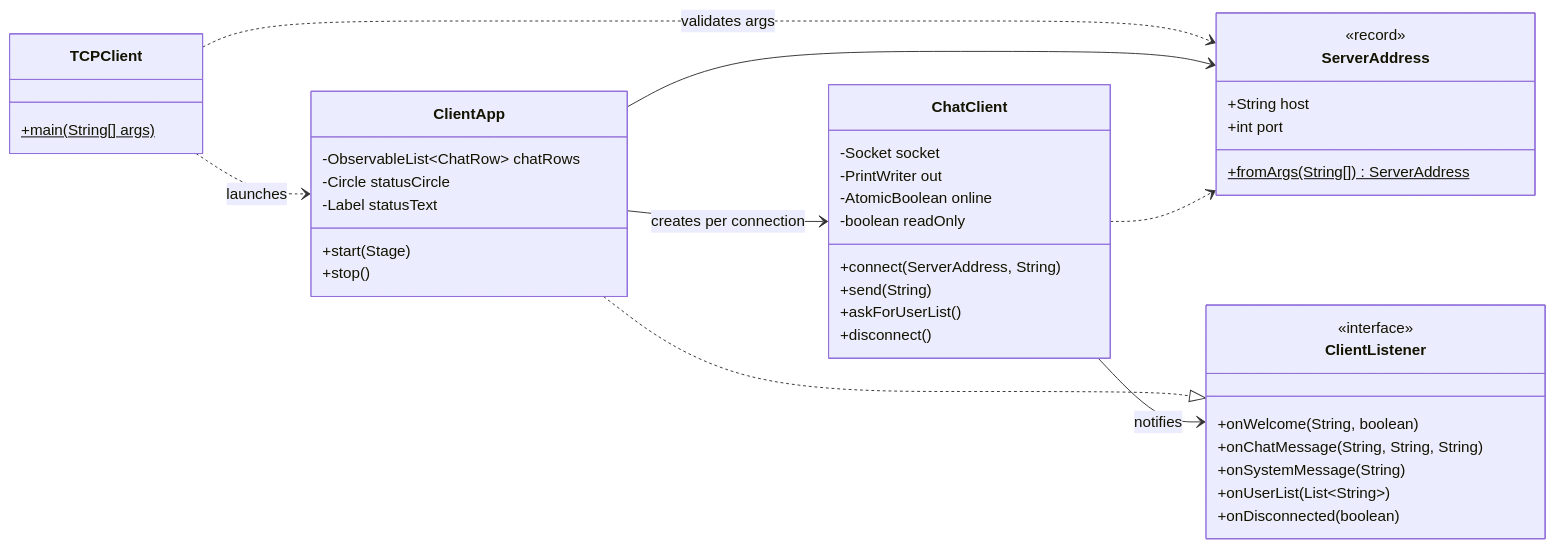
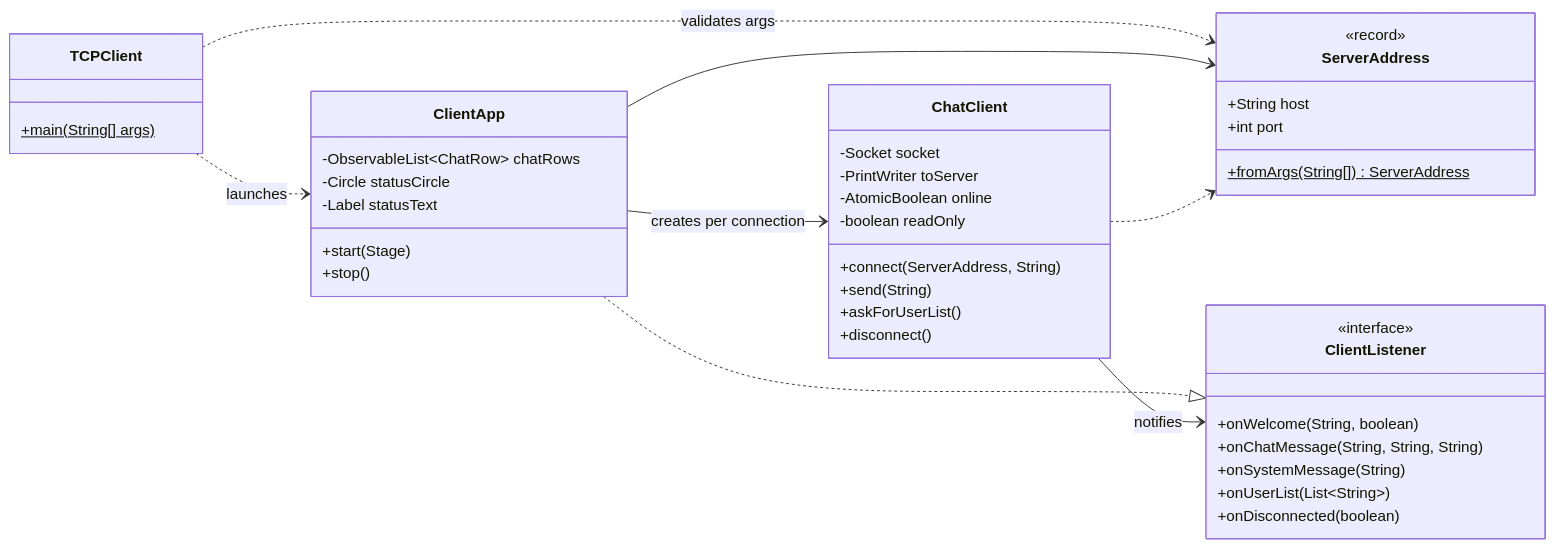
Before and after one commit to Zyssalone/Multi-Client-Chat-Application-Using-Java-Sockets: the second of 4 diagrams in README.md, drawn with Mermaid. The commit also changed other lines of this file and 4 other files, not shown here.

Commit message:
Add UML diagrams as PNG images

````diff
--- a/README.md
+++ b/README.md
@@ -166,45 +168,45 @@
 ```mermaid
 classDiagram
     direction LR
     class TCPClient {
         +main(String[] args)$
     }
     class ClientApp {
         -ObservableList~ChatRow~ chatRows
         -Circle statusCircle
         -Label statusText
         +start(Stage)
         +stop()
     }
     class ClientListener {
         <<interface>>
         +onWelcome(String, boolean)
         +onChatMessage(String, String, String)
         +onSystemMessage(String)
         +onUserList(List~String~)
         +onDisconnected(boolean)
     }
     class ChatClient {
         -Socket socket
-        -PrintWriter out
+        -PrintWriter toServer
         -AtomicBoolean online
         -boolean readOnly
         +connect(ServerAddress, String)
         +send(String)
         +askForUserList()
         +disconnect()
     }
     class ServerAddress {
         <<record>>
         +String host
         +int port
         +fromArgs(String[])$ ServerAddress
     }
     TCPClient ..> ServerAddress : validates args
     TCPClient ..> ClientApp : launches
     ClientApp ..|> ClientListener
     ClientApp --> ChatClient : creates per connection
     ClientApp --> ServerAddress
     ChatClient --> ClientListener : notifies
     ChatClient ..> ServerAddress
 ```
````
